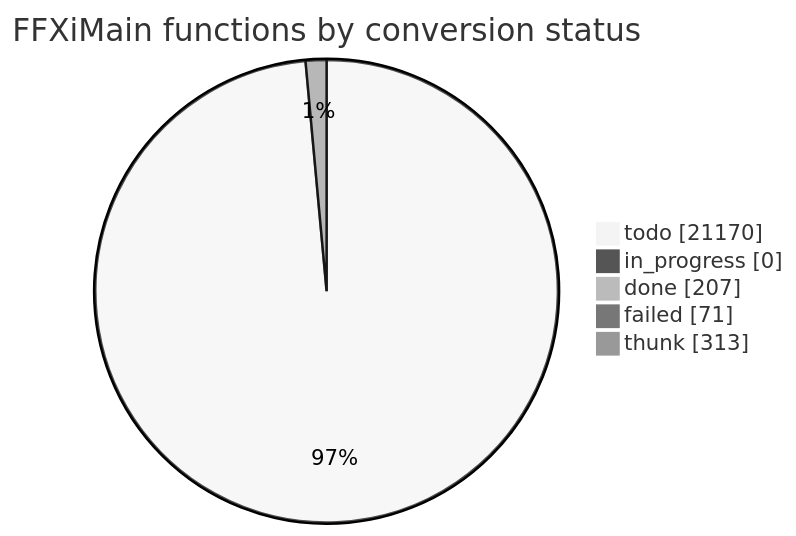
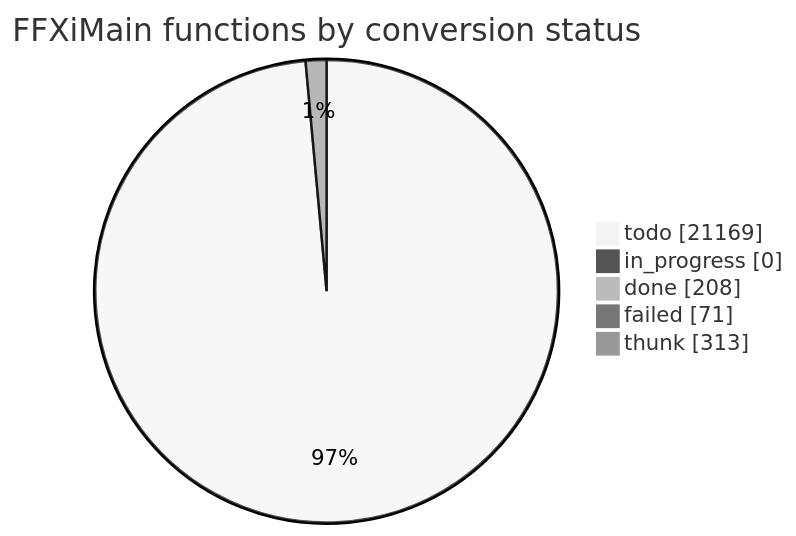
One commit to cowrevenge/cow_kuluu_xi_anything changed the diagram in docs/cow/STATUS.md. Above: the diagram before and after it, drawn with Mermaid (neutral theme). The commit also changed other lines of this file and 9 other files, not shown here.

````diff
--- a/docs/cow/STATUS.md
+++ b/docs/cow/STATUS.md
@@ -18,9 +18,9 @@
 ```mermaid
 pie showData
     title FFXiMain functions by conversion status
-    "todo" : 21170
+    "todo" : 21169
     "in_progress" : 0
-    "done" : 207
+    "done" : 208
     "failed" : 71
     "thunk" : 313
 ```
````
